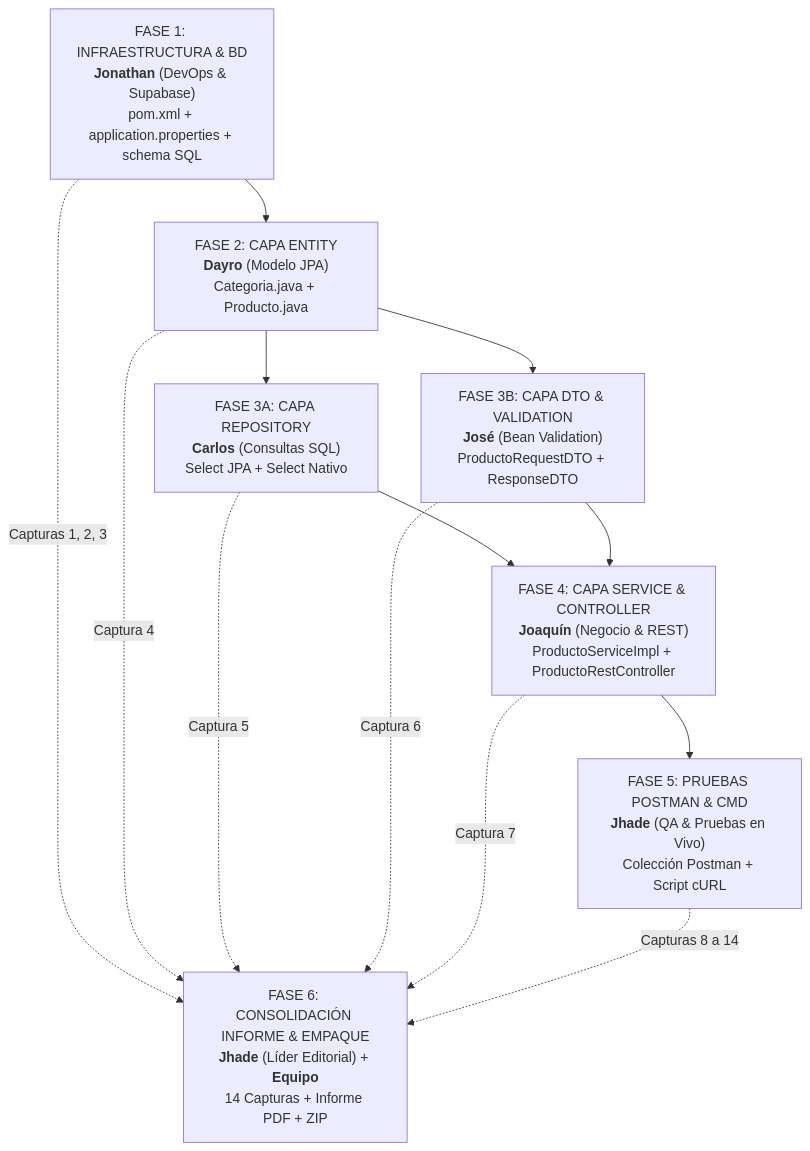
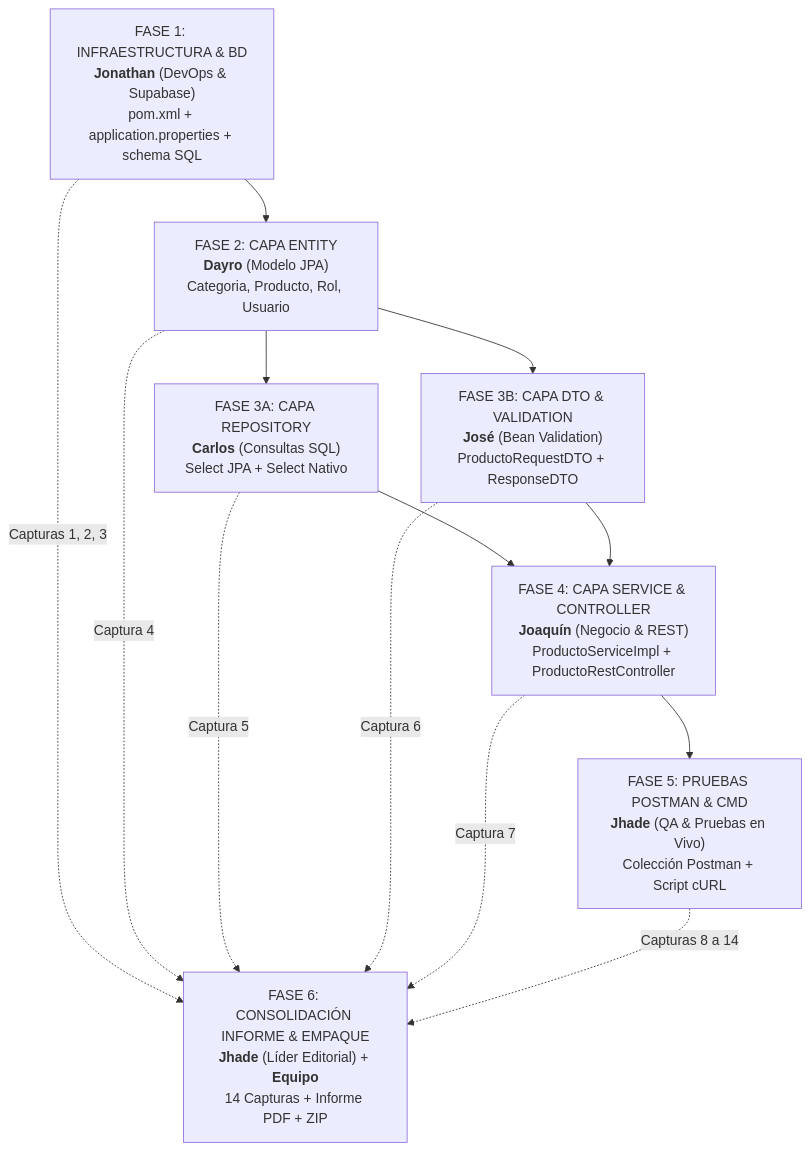
One commit to Jona-9/Overtext-Web changed the diagram in PC3_INSTRUCCIONES.md. Above: the diagram before and after it, drawn with Mermaid. The commit also changed other lines of this file and 5 other files, not shown here.

Commit message:
docs(plan): incorporar entidades Rol y Usuario para Dayro y actualizar esquema Supabase

````diff
--- a/PC3_INSTRUCCIONES.md
+++ b/PC3_INSTRUCCIONES.md
@@ -88,20 +88,20 @@
 ```mermaid
 flowchart TD
     FASE1["FASE 1: INFRAESTRUCTURA & BD<br><b>Jonathan</b> (DevOps & Supabase)<br>pom.xml + application.properties + schema SQL"]
-    --> FASE2["FASE 2: CAPA ENTITY<br><b>Dayro</b> (Modelo JPA)<br>Categoria.java + Producto.java"]
+    --> FASE2["FASE 2: CAPA ENTITY<br><b>Dayro</b> (Modelo JPA)<br>Categoria, Producto, Rol, Usuario"]
     
     FASE2 --> FASE3A["FASE 3A: CAPA REPOSITORY<br><b>Carlos</b> (Consultas SQL)<br>Select JPA + Select Nativo"]
     FASE2 --> FASE3B["FASE 3B: CAPA DTO & VALIDATION<br><b>José</b> (Bean Validation)<br>ProductoRequestDTO + ResponseDTO"]
     
     FASE3A --> FASE4["FASE 4: CAPA SERVICE & CONTROLLER<br><b>Joaquín</b> (Negocio & REST)<br>ProductoServiceImpl + ProductoRestController"]
     FASE3B --> FASE4
     
     FASE4 --> FASE5["FASE 5: PRUEBAS POSTMAN & CMD<br><b>Jhade</b> (QA & Pruebas en Vivo)<br>Colección Postman + Script cURL"]
     
     FASE1 -.->|Capturas 1, 2, 3| FASE6["FASE 6: CONSOLIDACIÓN INFORME & EMPAQUE<br><b>Jhade</b> (Líder Editorial) + <b>Equipo</b><br>14 Capturas + Informe PDF + ZIP"]
     FASE2 -.->|Captura 4| FASE6
     FASE3A -.->|Captura 5| FASE6
     FASE3B -.->|Captura 6| FASE6
     FASE4 -.->|Captura 7| FASE6
     FASE5 -.->|Capturas 8 a 14| FASE6
 ```
````
